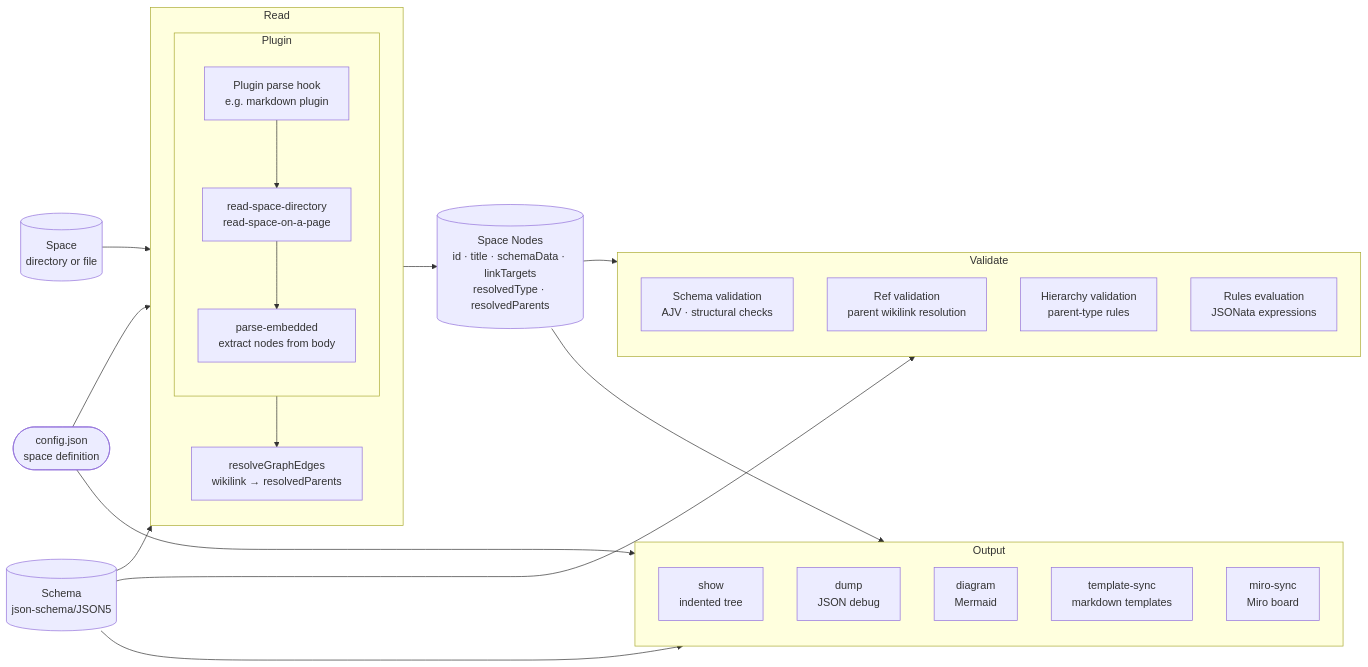
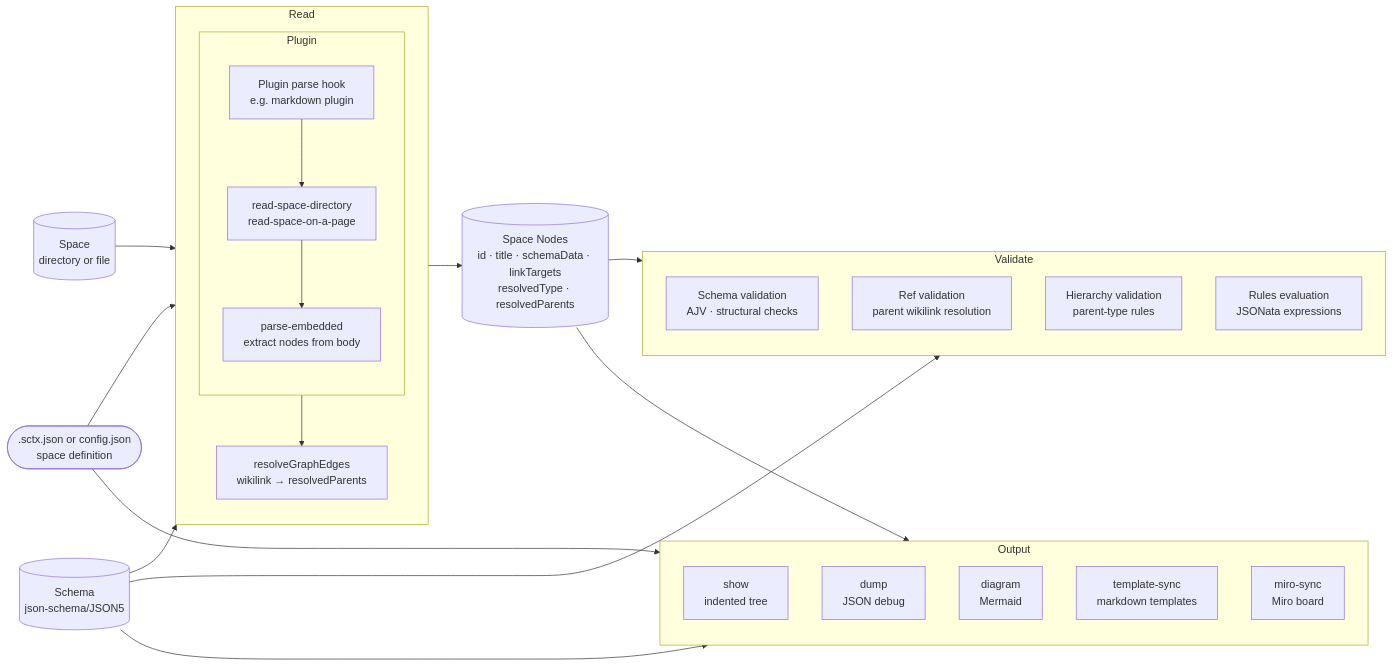
One commit to mindsocket/structured-context changed the first of 2 diagrams in docs/architecture.md. Above: the diagram before and after it, drawn with Mermaid. The commit also changed 7 other files, not shown here.

First line of the commit message:
docs: mention setup-space and .sctx.json; drop the session nudge

````diff
--- a/docs/architecture.md
+++ b/docs/architecture.md
@@ -15,48 +15,48 @@
 ```mermaid
 flowchart LR
-    config([config.json<br>space definition])
+    config([.sctx.json or config.json<br>space definition])
     schema[(Schema<br>json-schema/JSON5)]
     space[(Space<br>directory or file)]
 
     subgraph read [Read]
         direction TB
         subgraph plugin_layer [Plugin]
             direction TB
             plugin[Plugin parse hook<br>e.g. markdown plugin]
             rdir[read-space-directory<br>read-space-on-a-page]
             embed[parse-embedded<br>extract nodes from body]
             plugin --> rdir
             rdir --> embed
         end
         resolve[resolveGraphEdges<br>wikilink → resolvedParents]
         plugin_layer --> resolve
     end
 
     nodes[(Space Nodes<br>id · title · schemaData · linkTargets<br>resolvedType · resolvedParents)]
 
     subgraph validate [Validate]
         direction TB
         schema_val[Schema validation<br>AJV · structural checks]
         ref_val[Ref validation<br>parent wikilink resolution]
         hier_val[Hierarchy validation<br>parent-type rules]
         rules_val[Rules evaluation<br>JSONata expressions]
     end
 
     subgraph output [Output]
         show[show<br>indented tree]
         dump[dump<br>JSON debug]
         diagram[diagram<br>Mermaid]
         tmpl[template-sync<br>markdown templates]
         miro[miro-sync<br>Miro board]
     end
 
     config --> read
     schema --> read
     space --> read
     read --> nodes
     nodes --> validate
     schema --> validate
     nodes --> output
     schema --> output
     config --> output
 ```
````
